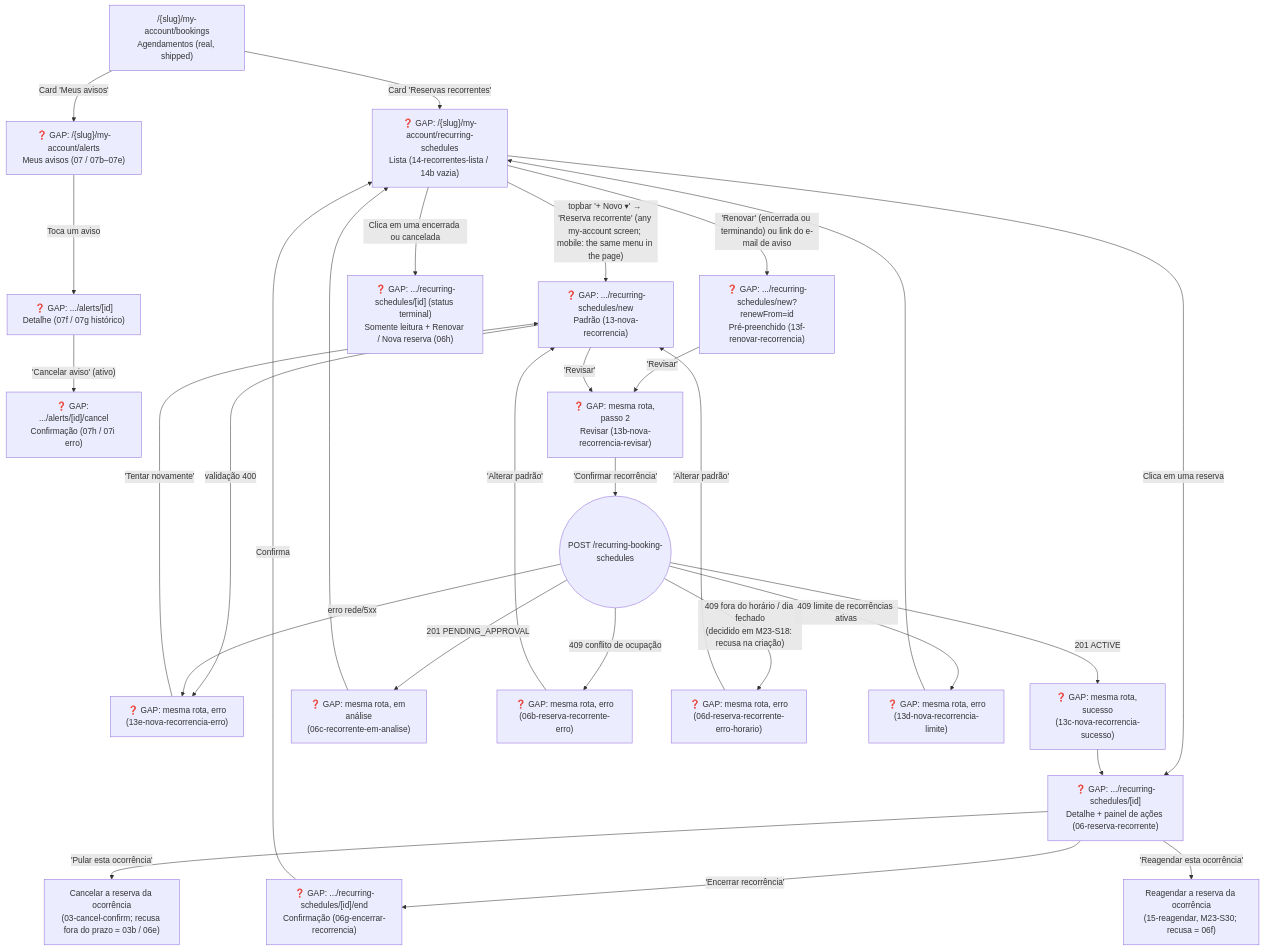
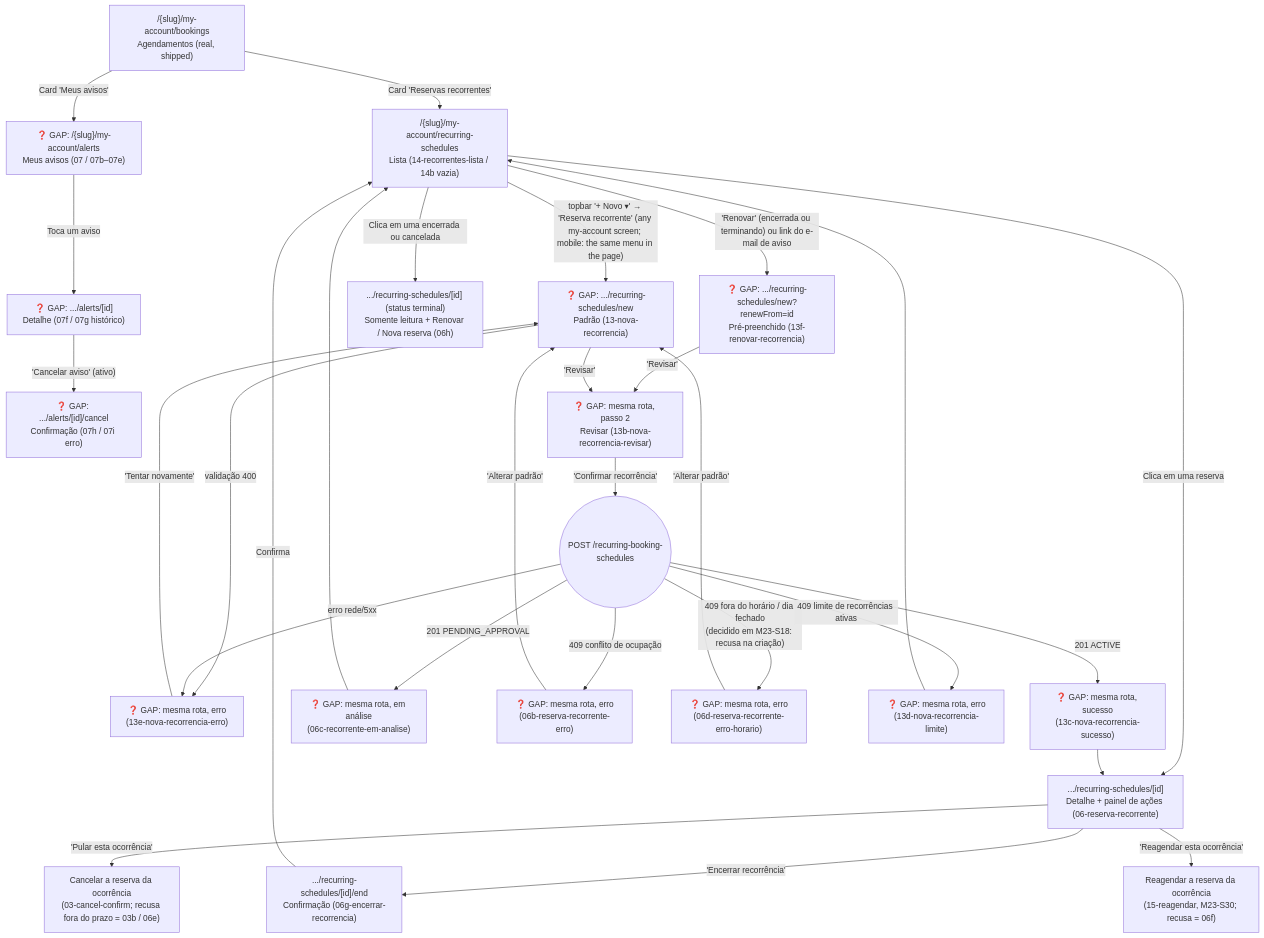
One commit to lmmoreira/ikaro changed the fourth of 4 diagrams in plan/journey/customer/minha-conta.md. Above: the diagram before and after it, drawn with Mermaid. The commit also changed other lines of this file and 45 other files, not shown here.

First line of the commit message:
feat(customer): recurring reservations in Minha Conta — list, detail, end, Agendamentos entry (M23-S12) (#582)

````diff
--- a/plan/journey/customer/minha-conta.md
+++ b/plan/journey/customer/minha-conta.md
@@ -250,36 +250,36 @@
 ```mermaid
 flowchart TD
     classDef gap stroke:#f00,stroke-dasharray: 5 5,fill:#fee
 
     Agendamentos["/{slug}/my-account/bookings<br/>Agendamentos (real, shipped)"] -->|"Card 'Meus avisos'"| Avisos["❓ GAP: /{slug}/my-account/alerts<br/>Meus avisos (07 / 07b–07e)"]
     Avisos -->|"Toca um aviso"| AvisoDetalhe["❓ GAP: .../alerts/[id]<br/>Detalhe (07f / 07g histórico)"]
     AvisoDetalhe -->|"'Cancelar aviso' (ativo)"| AvisoCancelar["❓ GAP: .../alerts/[id]/cancel<br/>Confirmação (07h / 07i erro)"]
-    Agendamentos -->|"Card 'Reservas recorrentes'"| Lista["❓ GAP: /{slug}/my-account/recurring-schedules<br/>Lista (14-recorrentes-lista / 14b vazia)"]
+    Agendamentos -->|"Card 'Reservas recorrentes'"| Lista["/{slug}/my-account/recurring-schedules<br/>Lista (14-recorrentes-lista / 14b vazia)"]
     Lista -->|"topbar '+ Novo ▾' → 'Reserva recorrente' (any my-account screen; mobile: the same menu in the page)"| Padrao["❓ GAP: .../recurring-schedules/new<br/>Padrão (13-nova-recorrencia)"]
     Lista -->|"'Renovar' (encerrada ou terminando) ou link do e-mail de aviso"| Renovar["❓ GAP: .../recurring-schedules/new?renewFrom=id<br/>Pré-preenchido (13f-renovar-recorrencia)"]
     Renovar -->|"'Revisar'"| Revisar
-    Lista -->|"Clica em uma encerrada ou cancelada"| Terminal["❓ GAP: .../recurring-schedules/[id] (status terminal)<br/>Somente leitura + Renovar / Nova reserva (06h)"]
-    Lista -->|"Clica em uma reserva"| Gerenciar["❓ GAP: .../recurring-schedules/[id]<br/>Detalhe + painel de ações (06-reserva-recorrente)"]
-    Gerenciar -->|"'Encerrar recorrência'"| Encerrar["❓ GAP: .../recurring-schedules/[id]/end<br/>Confirmação (06g-encerrar-recorrencia)"]
+    Lista -->|"Clica em uma encerrada ou cancelada"| Terminal[".../recurring-schedules/[id] (status terminal)<br/>Somente leitura + Renovar / Nova reserva (06h)"]
+    Lista -->|"Clica em uma reserva"| Gerenciar[".../recurring-schedules/[id]<br/>Detalhe + painel de ações (06-reserva-recorrente)"]
+    Gerenciar -->|"'Encerrar recorrência'"| Encerrar[".../recurring-schedules/[id]/end<br/>Confirmação (06g-encerrar-recorrencia)"]
     Encerrar -->|"Confirma"| Lista
     Gerenciar -->|"'Pular esta ocorrência'"| PularOcc["Cancelar a reserva da ocorrência<br/>(03-cancel-confirm; recusa fora do prazo = 03b / 06e)"]
     Gerenciar -->|"'Reagendar esta ocorrência'"| ReagOcc["Reagendar a reserva da ocorrência<br/>(15-reagendar, M23-S30; recusa = 06f)"]
 
     Padrao -->|"'Revisar'"| Revisar["❓ GAP: mesma rota, passo 2<br/>Revisar (13b-nova-recorrencia-revisar)"]
     Padrao -->|"validação 400"| ErroForm["❓ GAP: mesma rota, erro<br/>(13e-nova-recorrencia-erro)"]
     Revisar -->|"'Confirmar recorrência'"| Envio(("POST /recurring-booking-schedules"))
 
     Envio -->|"201 ACTIVE"| Sucesso["❓ GAP: mesma rota, sucesso<br/>(13c-nova-recorrencia-sucesso)"]
     Envio -->|"201 PENDING_APPROVAL"| Analise["❓ GAP: mesma rota, em análise<br/>(06c-recorrente-em-analise)"]
     Envio -->|"409 conflito de ocupação"| Conflito["❓ GAP: mesma rota, erro<br/>(06b-reserva-recorrente-erro)"]
     Envio -->|"409 fora do horário / dia fechado<br/>(decidido em M23-S18: recusa na criação)"| ConflitoHorario["❓ GAP: mesma rota, erro<br/>(06d-reserva-recorrente-erro-horario)"]
     Envio -->|"409 limite de recorrências ativas"| Limite["❓ GAP: mesma rota, erro<br/>(13d-nova-recorrencia-limite)"]
     Envio -->|"erro rede/5xx"| ErroForm
 
     Sucesso --> Gerenciar
     Analise --> Lista
     Conflito -->|"'Alterar padrão'"| Padrao
     ConflitoHorario -->|"'Alterar padrão'"| Padrao
     Limite --> Lista
     ErroForm -->|"'Tentar novamente'"| Padrao
 ```
````
